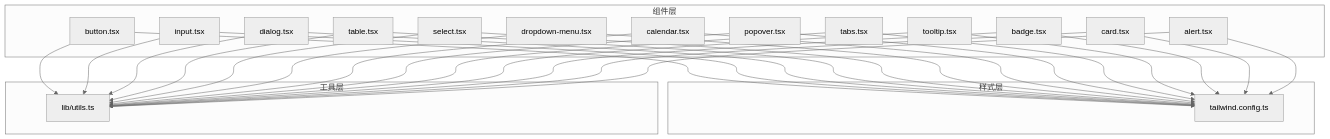
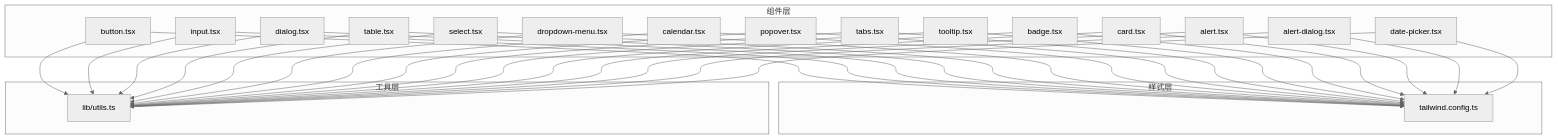
The first of 10 diagrams in .qoder/repowiki/zh/content/前端应用架构/组件系统架构/UI组件库.md (gujialind/InvestRing), drawn with Mermaid (neutral theme) before and after one commit. The commit also changed other lines of this file and 97 other files, not shown here.

````diff
--- a/.qoder/repowiki/zh/content/前端应用架构/组件系统架构/UI组件库.md
+++ b/.qoder/repowiki/zh/content/前端应用架构/组件系统架构/UI组件库.md
@@ -43,50 +45,56 @@
 ```mermaid
 graph TB
 subgraph "组件层"
 BTN["button.tsx"]
 INP["input.tsx"]
 DIALOG["dialog.tsx"]
 TABLE["table.tsx"]
 SELECT["select.tsx"]
 DROPDOWN["dropdown-menu.tsx"]
 CALENDAR["calendar.tsx"]
 POPOVER["popover.tsx"]
 TABS["tabs.tsx"]
 TOOLTIP["tooltip.tsx"]
 BADGE["badge.tsx"]
 CARD["card.tsx"]
 ALERT["alert.tsx"]
+ALERT_DIALOG["alert-dialog.tsx"]
+DATE_PICKER["date-picker.tsx"]
 end
 subgraph "样式层"
 TW["tailwind.config.ts"]
 end
 subgraph "工具层"
 UTIL["lib/utils.ts"]
 end
 BTN --> UTIL
 INP --> UTIL
 DIALOG --> UTIL
 TABLE --> UTIL
 SELECT --> UTIL
 DROPDOWN --> UTIL
 CALENDAR --> UTIL
 POPOVER --> UTIL
 TABS --> UTIL
 TOOLTIP --> UTIL
 BADGE --> UTIL
 CARD --> UTIL
 ALERT --> UTIL
+ALERT_DIALOG --> UTIL
+DATE_PICKER --> UTIL
 BTN --> TW
 INP --> TW
 DIALOG --> TW
 TABLE --> TW
 SELECT --> TW
 DROPDOWN --> TW
 CALENDAR --> TW
 POPOVER --> TW
 TABS --> TW
 TOOLTIP --> TW
 BADGE --> TW
 CARD --> TW
 ALERT --> TW
+ALERT_DIALOG --> TW
+DATE_PICKER --> TW
 ```
````
